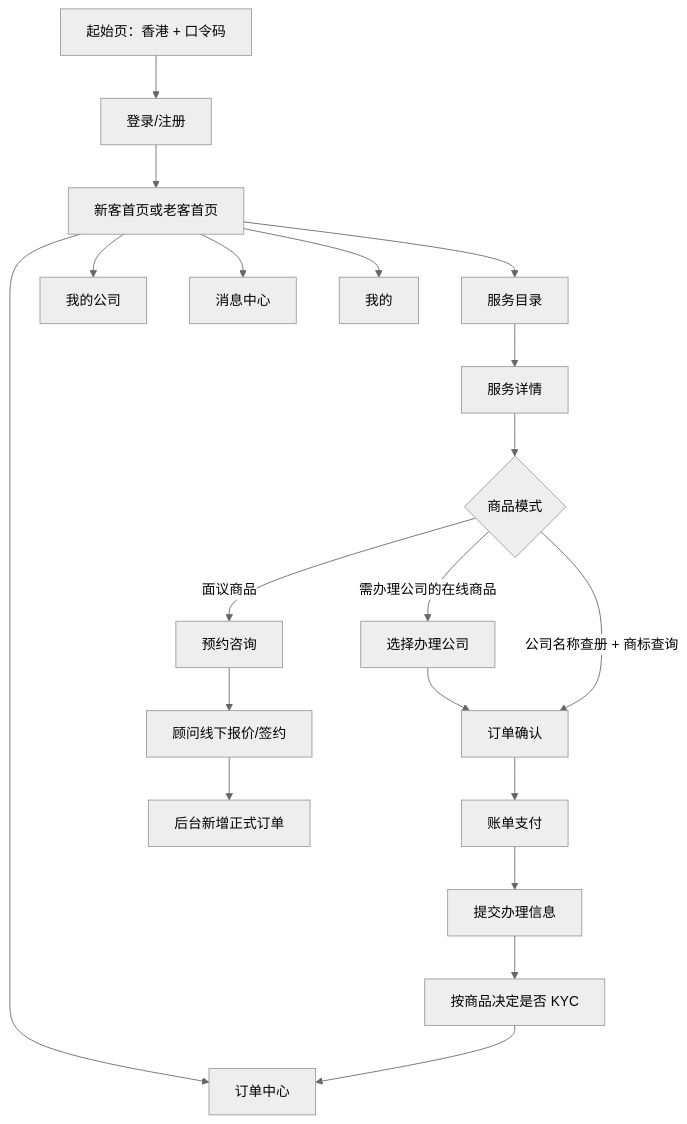
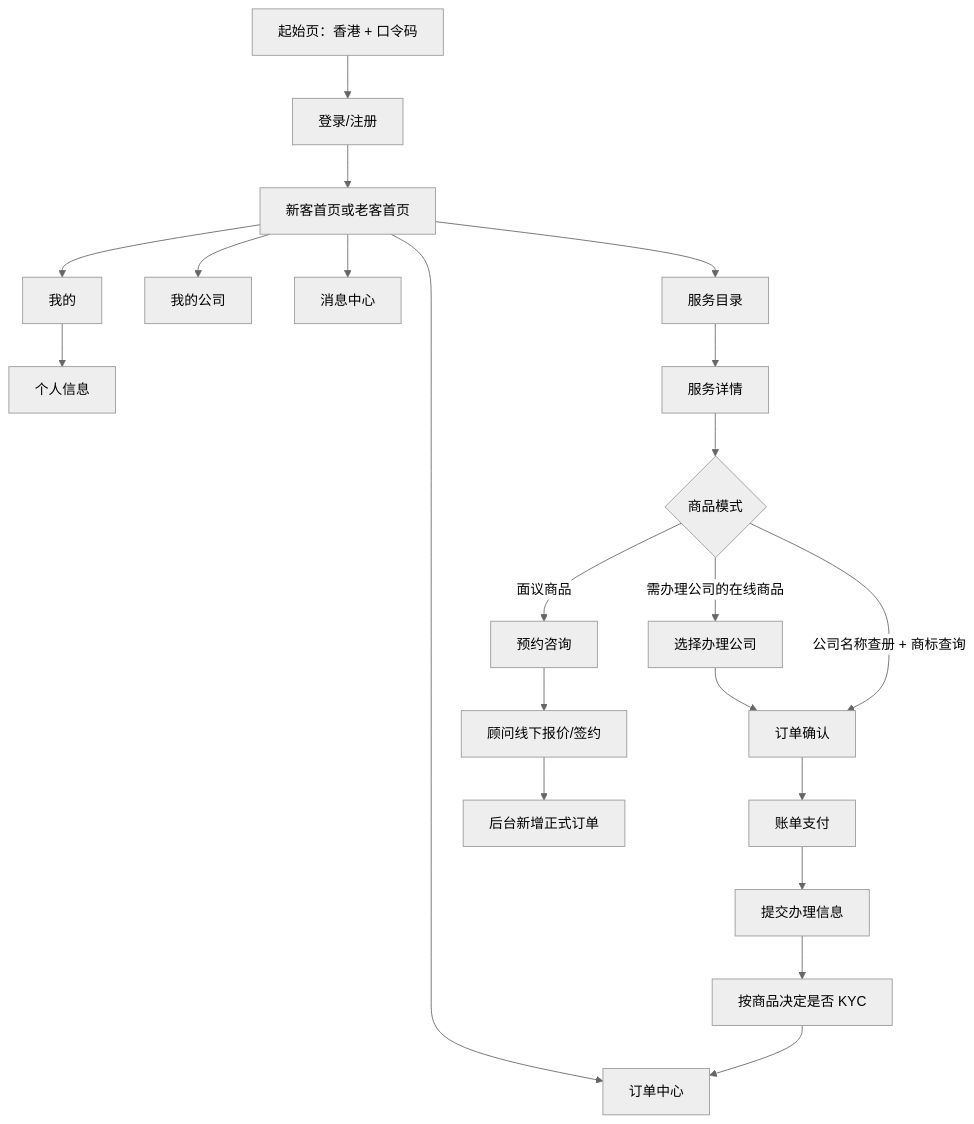
Before and after one commit to xiahan3/leapex_Leapexbiz: the first of 3 diagrams in docs/PRD_小程序完整版_v1.0.md, drawn with Mermaid (neutral theme). The commit also changed other lines of this file and 1 other file, not shown here.

````diff
--- a/docs/PRD_小程序完整版_v1.0.md
+++ b/docs/PRD_小程序完整版_v1.0.md
@@ -105,22 +105,23 @@
 ```mermaid
 flowchart TD
     A["起始页：香港 + 口令码"] --> B["登录/注册"]
     B --> C["新客首页或老客首页"]
     C --> D["服务目录"]
     C --> E["我的公司"]
     C --> F["订单中心"]
     C --> G["消息中心"]
     C --> H["我的"]
+    H --> H1["个人信息"]
     D --> I["服务详情"]
     I --> J{"商品模式"}
     J -->|需办理公司的在线商品| K["选择办理公司"]
     K --> L["订单确认"]
     J -->|公司名称查册 + 商标查询| L
     L --> M["账单支付"]
     M --> N["提交办理信息"]
     N --> O["按商品决定是否 KYC"]
     O --> F
     J -->|面议商品| P["预约咨询"]
     P --> Q["顾问线下报价/签约"]
     Q --> R["后台新增正式订单"]
 ```
````
